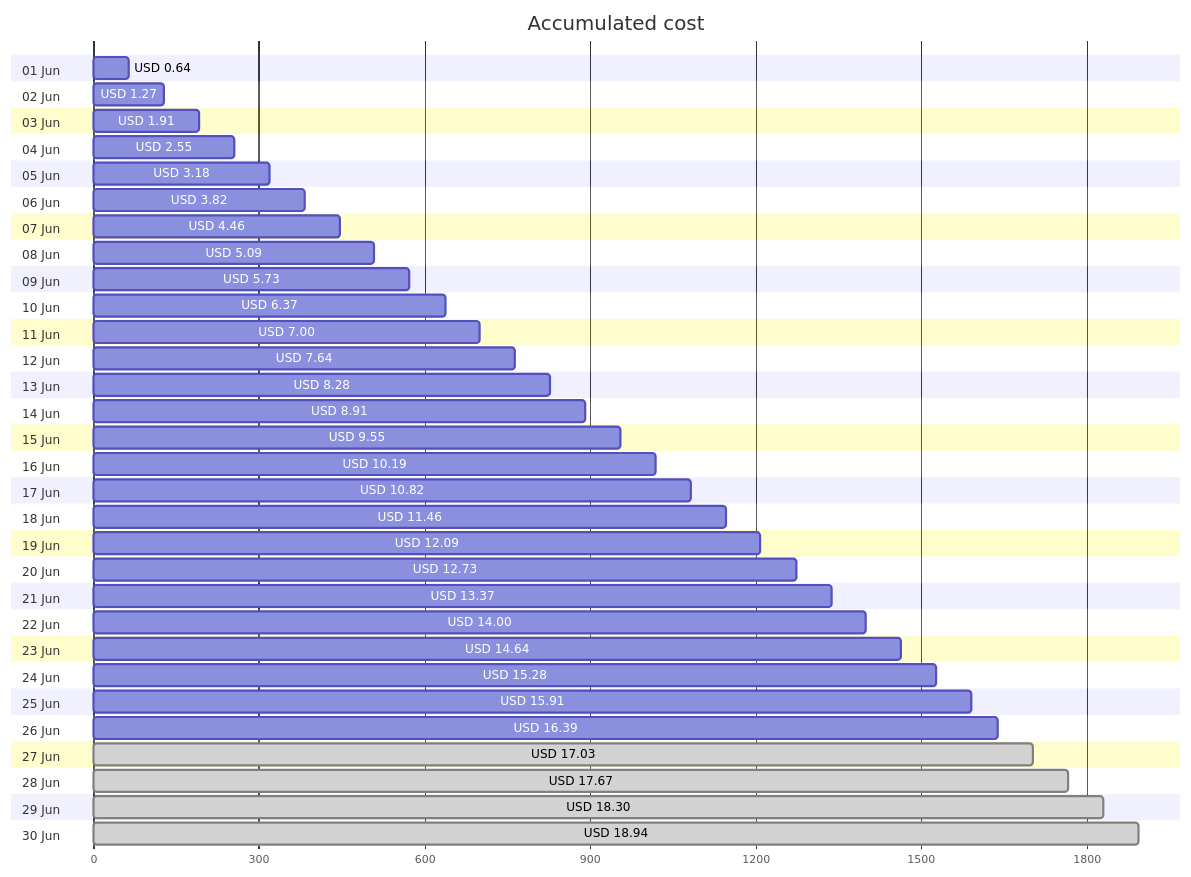
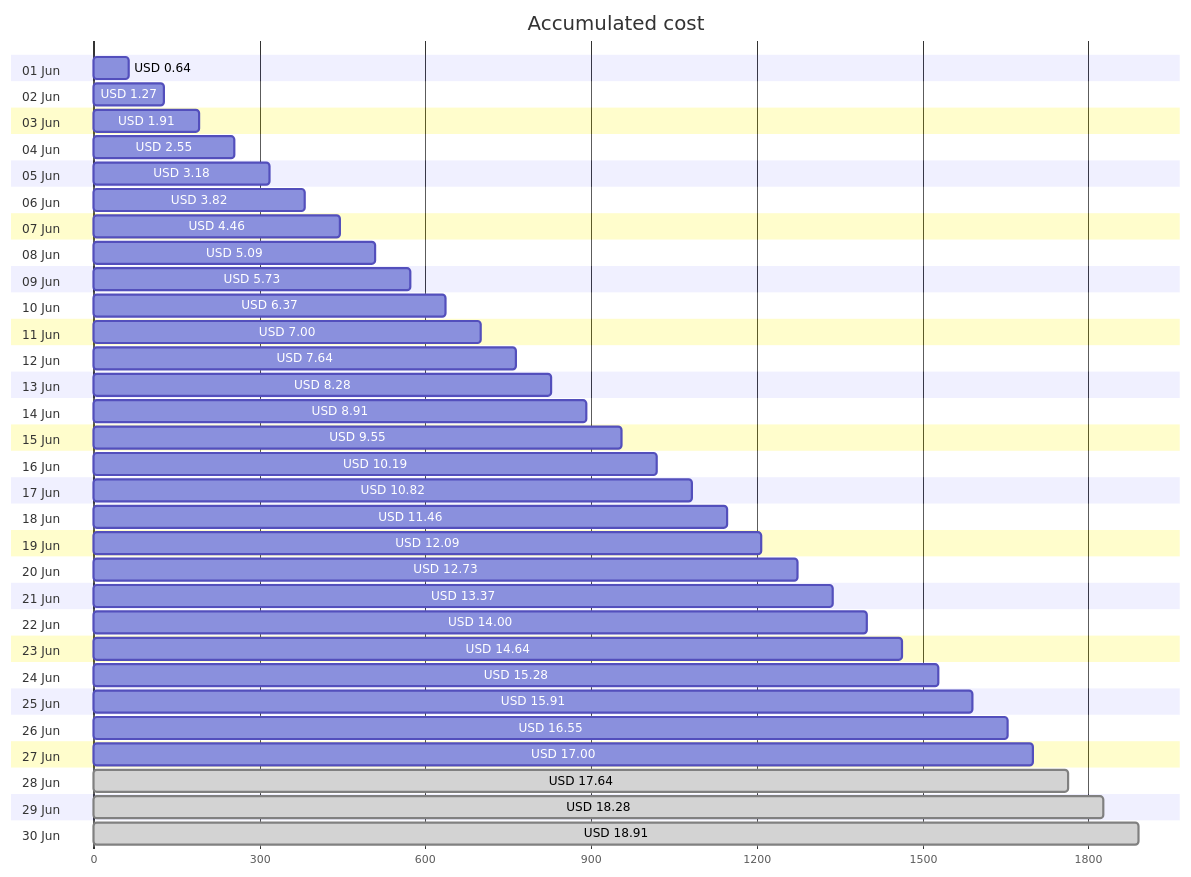
Before and after one commit to jpfulton/azure-personal-reports: the first of 4 diagrams in cost-reports/accumulated-cost.md, drawn with Mermaid. The commit also changed other lines of this file and 4 other files, not shown here.

````diff
--- a/cost-reports/accumulated-cost.md
+++ b/cost-reports/accumulated-cost.md
@@ -20,66 +20,66 @@
 ```mermaid
 gantt
    title Accumulated cost
    dateFormat  X
    axisFormat %s
    section 01 Jun
    USD 0.64 :0, 64
    section 02 Jun
    USD 1.27 :0, 127
    section 03 Jun
    USD 1.91 :0, 191
    section 04 Jun
    USD 2.55 :0, 255
    section 05 Jun
    USD 3.18 :0, 318
    section 06 Jun
    USD 3.82 :0, 382
    section 07 Jun
    USD 4.46 :0, 446
    section 08 Jun
    USD 5.09 :0, 509
    section 09 Jun
    USD 5.73 :0, 573
    section 10 Jun
    USD 6.37 :0, 637
    section 11 Jun
    USD 7.00 :0, 700
    section 12 Jun
    USD 7.64 :0, 764
    section 13 Jun
    USD 8.28 :0, 828
    section 14 Jun
    USD 8.91 :0, 891
    section 15 Jun
    USD 9.55 :0, 955
    section 16 Jun
    USD 10.19 :0, 1019
    section 17 Jun
    USD 10.82 :0, 1082
    section 18 Jun
    USD 11.46 :0, 1146
    section 19 Jun
    USD 12.09 :0, 1209
    section 20 Jun
    USD 12.73 :0, 1273
    section 21 Jun
    USD 13.37 :0, 1337
    section 22 Jun
    USD 14.00 :0, 1400
    section 23 Jun
    USD 14.64 :0, 1464
    section 24 Jun
    USD 15.28 :0, 1528
    section 25 Jun
    USD 15.91 :0, 1591
    section 26 Jun
-   USD 16.39 :0, 1639
+   USD 16.55 :0, 1655
    section 27 Jun
-   USD 17.03 : done, 0, 1703
+   USD 17.00 :0, 1700
    section 28 Jun
-   USD 17.67 : done, 0, 1767
+   USD 17.64 : done, 0, 1764
    section 29 Jun
-   USD 18.30 : done, 0, 1830
+   USD 18.28 : done, 0, 1828
    section 30 Jun
-   USD 18.94 : done, 0, 1894
+   USD 18.91 : done, 0, 1891
 ```
````
